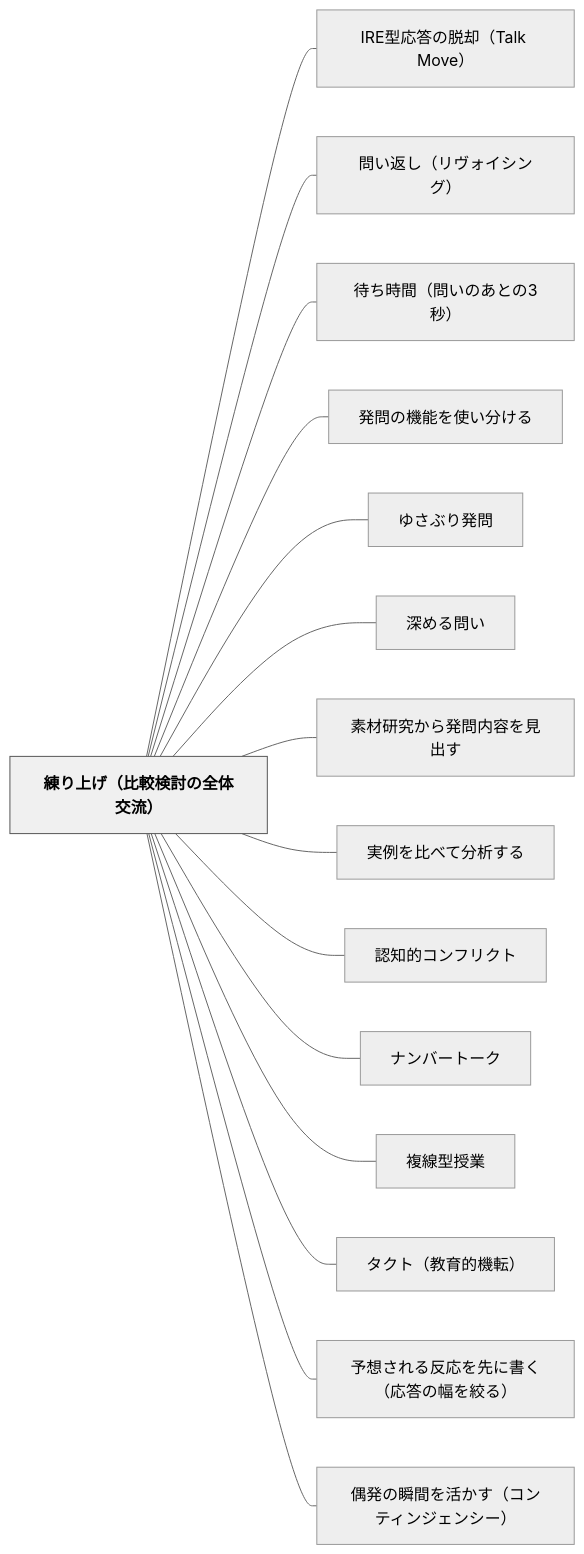
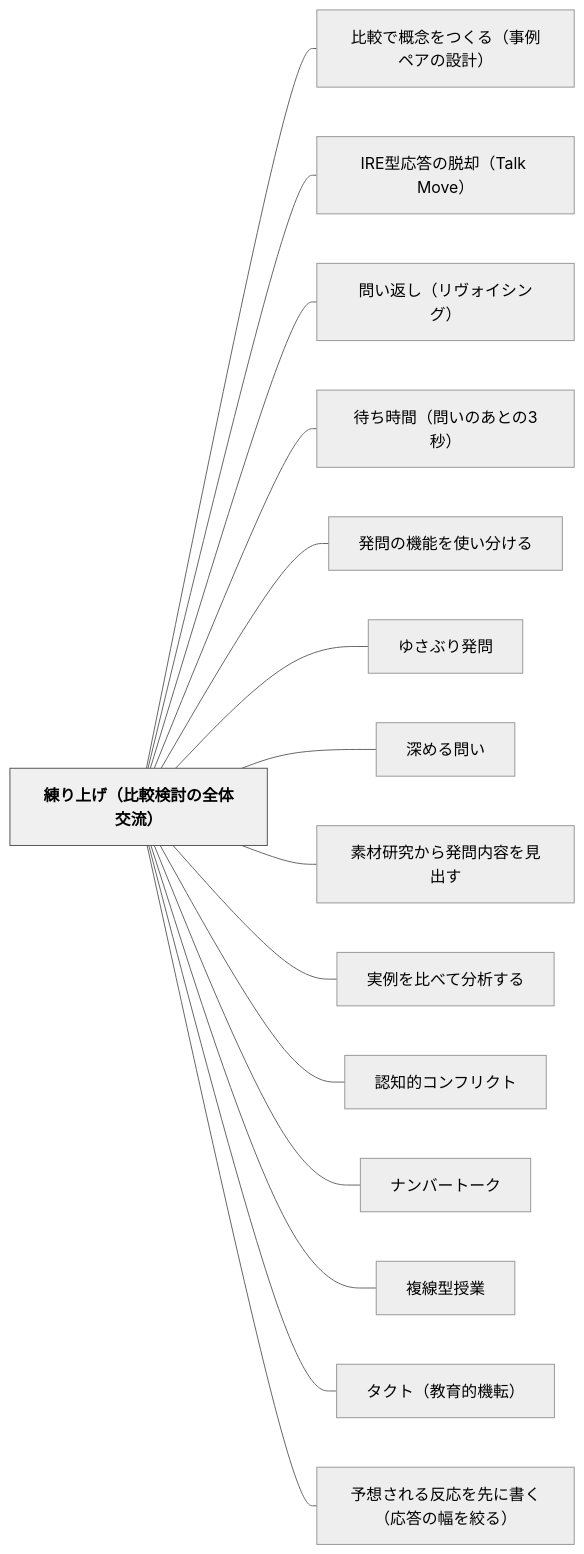
The diagram in content/パタン/練り上げ（比較検討の全体交流）.md (unknownthings-ed-patterns/unknownthings-ed-patterns), drawn with Mermaid (neutral theme) before and after one commit. The commit also changed other lines of this file and 5 other files, not shown here.

````diff
--- a/content/パタン/練り上げ（比較検討の全体交流）.md
+++ b/content/パタン/練り上げ（比較検討の全体交流）.md
@@ -283,36 +284,36 @@
 ```mermaid
 flowchart LR
     ne7b7b4e3828ae4b88ae38192efbc88e6af94e8bc83e6a49ce8a88ee381aee585a8e4bd93e4baa4e6b581efbc89["練り上げ（比較検討の全体交流）"]
+    ne6af94e8bc83e381a7e6a682e5bfb5e38292e381a4e3818fe3828befbc88e4ba8be4be8be3839ae382a2e381aee8a8ade8a888efbc89["比較で概念をつくる（事例ペアの設計）"]
     n495245e59e8be5bf9ce7ad94e381aee884b1e58db4efbc8854616c6b204d6f7665efbc89["IRE型応答の脱却（Talk Move）"]
     ne5958fe38184e8bf94e38197efbc88e383aae383b4e382a9e382a4e382b7e383b3e382b0efbc89["問い返し（リヴォイシング）"]
     ne5be85e381a1e69982e99693efbc88e5958fe38184e381aee38182e381a8e381ae33e7a792efbc89["待ち時間（問いのあとの3秒）"]
     ne799bae5958fe381aee6a99fe883bde38292e4bdbfe38184e58886e38191e3828b["発問の機能を使い分ける"]
     ne38286e38195e381b6e3828ae799bae5958f["ゆさぶり発問"]
     ne6b7b1e38281e3828be5958fe38184["深める問い"]
     ne7b4a0e69d90e7a094e7a9b6e3818be38289e799bae5958fe58685e5aeb9e38292e8a68be587bae38199["素材研究から発問内容を見出す"]
     ne5ae9fe4be8be38292e6af94e381b9e381a6e58886e69e90e38199e3828b["実例を比べて分析する"]
     ne8aa8de79fa5e79a84e382b3e383b3e38395e383aae382afe38388["認知的コンフリクト"]
     ne3838ae383b3e38390e383bce38388e383bce382af["ナンバートーク"]
     ne8a487e7b79ae59e8be68e88e6a5ad["複線型授業"]
     ne382bfe382afe38388efbc88e69599e882b2e79a84e6a99fe8bba2efbc89["タクト（教育的機転）"]
     ne4ba88e683b3e38195e3828ce3828be58f8de5bf9ce38292e58588e381abe69bb8e3818fefbc88e5bf9ce7ad94e381aee5b985e38292e7b59ee3828befbc89["予想される反応を先に書く（応答の幅を絞る）"]
-    ne581b6e799bae381aee79eace99693e38292e6b4bbe3818be38199efbc88e382b3e383b3e38386e382a3e383b3e382b8e382a7e383b3e382b7e383bcefbc89["偶発の瞬間を活かす（コンティンジェンシー）"]
 
+    ne7b7b4e3828ae4b88ae38192efbc88e6af94e8bc83e6a49ce8a88ee381aee585a8e4bd93e4baa4e6b581efbc89 --- ne6af94e8bc83e381a7e6a682e5bfb5e38292e381a4e3818fe3828befbc88e4ba8be4be8be3839ae382a2e381aee8a8ade8a888efbc89
     ne7b7b4e3828ae4b88ae38192efbc88e6af94e8bc83e6a49ce8a88ee381aee585a8e4bd93e4baa4e6b581efbc89 --- n495245e59e8be5bf9ce7ad94e381aee884b1e58db4efbc8854616c6b204d6f7665efbc89
     ne7b7b4e3828ae4b88ae38192efbc88e6af94e8bc83e6a49ce8a88ee381aee585a8e4bd93e4baa4e6b581efbc89 --- ne5958fe38184e8bf94e38197efbc88e383aae383b4e382a9e382a4e382b7e383b3e382b0efbc89
     ne7b7b4e3828ae4b88ae38192efbc88e6af94e8bc83e6a49ce8a88ee381aee585a8e4bd93e4baa4e6b581efbc89 --- ne5be85e381a1e69982e99693efbc88e5958fe38184e381aee38182e381a8e381ae33e7a792efbc89
     ne7b7b4e3828ae4b88ae38192efbc88e6af94e8bc83e6a49ce8a88ee381aee585a8e4bd93e4baa4e6b581efbc89 --- ne799bae5958fe381aee6a99fe883bde38292e4bdbfe38184e58886e38191e3828b
     ne7b7b4e3828ae4b88ae38192efbc88e6af94e8bc83e6a49ce8a88ee381aee585a8e4bd93e4baa4e6b581efbc89 --- ne38286e38195e381b6e3828ae799bae5958f
     ne7b7b4e3828ae4b88ae38192efbc88e6af94e8bc83e6a49ce8a88ee381aee585a8e4bd93e4baa4e6b581efbc89 --- ne6b7b1e38281e3828be5958fe38184
     ne7b7b4e3828ae4b88ae38192efbc88e6af94e8bc83e6a49ce8a88ee381aee585a8e4bd93e4baa4e6b581efbc89 --- ne7b4a0e69d90e7a094e7a9b6e3818be38289e799bae5958fe58685e5aeb9e38292e8a68be587bae38199
     ne7b7b4e3828ae4b88ae38192efbc88e6af94e8bc83e6a49ce8a88ee381aee585a8e4bd93e4baa4e6b581efbc89 --- ne5ae9fe4be8be38292e6af94e381b9e381a6e58886e69e90e38199e3828b
     ne7b7b4e3828ae4b88ae38192efbc88e6af94e8bc83e6a49ce8a88ee381aee585a8e4bd93e4baa4e6b581efbc89 --- ne8aa8de79fa5e79a84e382b3e383b3e38395e383aae382afe38388
     ne7b7b4e3828ae4b88ae38192efbc88e6af94e8bc83e6a49ce8a88ee381aee585a8e4bd93e4baa4e6b581efbc89 --- ne3838ae383b3e38390e383bce38388e383bce382af
     ne7b7b4e3828ae4b88ae38192efbc88e6af94e8bc83e6a49ce8a88ee381aee585a8e4bd93e4baa4e6b581efbc89 --- ne8a487e7b79ae59e8be68e88e6a5ad
     ne7b7b4e3828ae4b88ae38192efbc88e6af94e8bc83e6a49ce8a88ee381aee585a8e4bd93e4baa4e6b581efbc89 --- ne382bfe382afe38388efbc88e69599e882b2e79a84e6a99fe8bba2efbc89
     ne7b7b4e3828ae4b88ae38192efbc88e6af94e8bc83e6a49ce8a88ee381aee585a8e4bd93e4baa4e6b581efbc89 --- ne4ba88e683b3e38195e3828ce3828be58f8de5bf9ce38292e58588e381abe69bb8e3818fefbc88e5bf9ce7ad94e381aee5b985e38292e7b59ee3828befbc89
-    ne7b7b4e3828ae4b88ae38192efbc88e6af94e8bc83e6a49ce8a88ee381aee585a8e4bd93e4baa4e6b581efbc89 --- ne581b6e799bae381aee79eace99693e38292e6b4bbe3818be38199efbc88e382b3e383b3e38386e382a3e383b3e382b8e382a7e383b3e382b7e383bcefbc89
 
     classDef hub fill:#f0f0f0,stroke:#555,color:#000,font-weight:bold
     class ne7b7b4e3828ae4b88ae38192efbc88e6af94e8bc83e6a49ce8a88ee381aee585a8e4bd93e4baa4e6b581efbc89 hub
 ```
````
